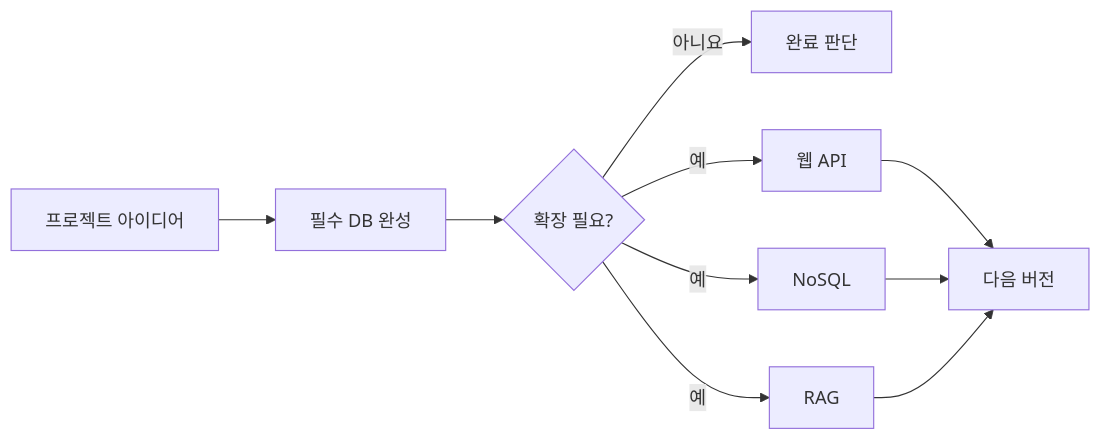
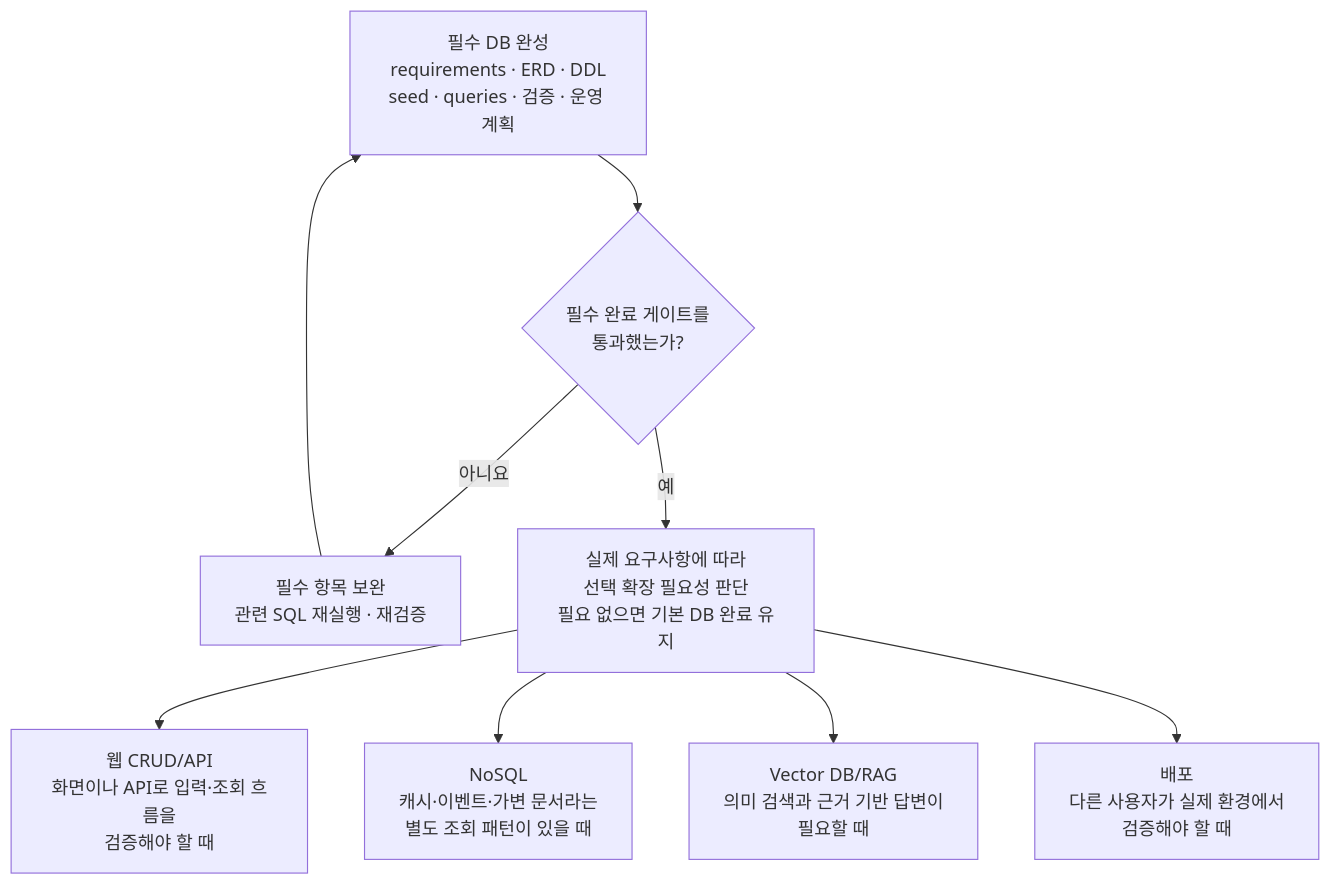
Before and after one commit to GilbertMoon/ai-database-book: the diagram in images/chapter15/ch15_02_scope_selection_guide.mmd, drawn with Mermaid.

Commit message:
fix: clarify required gate and optional expansion criteria in chapter 15 scope diagram

```diff
--- a/images/chapter15/ch15_02_scope_selection_guide.mmd
+++ b/images/chapter15/ch15_02_scope_selection_guide.mmd
@@ -1,10 +1,19 @@
-flowchart LR
-A[프로젝트 아이디어] --> B[필수 DB 완성]
-B --> C{확장 필요?}
-C -->|아니요| D[완료 판단]
-C -->|예| E[웹 API]
-C -->|예| F[NoSQL]
-C -->|예| G[RAG]
-E --> H[다음 버전]
-F --> H
-G --> H
+flowchart TB
+    A[필수 DB 완성<br/>requirements · ERD · DDL<br/>seed · queries · 검증 · 운영 계획]
+    G{필수 완료 게이트를<br/>통과했는가?}
+    R[필수 항목 보완<br/>관련 SQL 재실행 · 재검증]
+    J[실제 요구사항에 따라<br/>선택 확장 필요성 판단<br/>필요 없으면 기본 DB 완료 유지]
+
+    W[웹 CRUD/API<br/>화면이나 API로 입력·조회 흐름을<br/>검증해야 할 때]
+    N[NoSQL<br/>캐시·이벤트·가변 문서라는<br/>별도 조회 패턴이 있을 때]
+    V[Vector DB/RAG<br/>의미 검색과 근거 기반 답변이<br/>필요할 때]
+    D[배포<br/>다른 사용자가 실제 환경에서<br/>검증해야 할 때]
+
+    A --> G
+    G -->|아니요| R
+    R --> A
+    G -->|예| J
+    J --> W
+    J --> N
+    J --> V
+    J --> D
```
